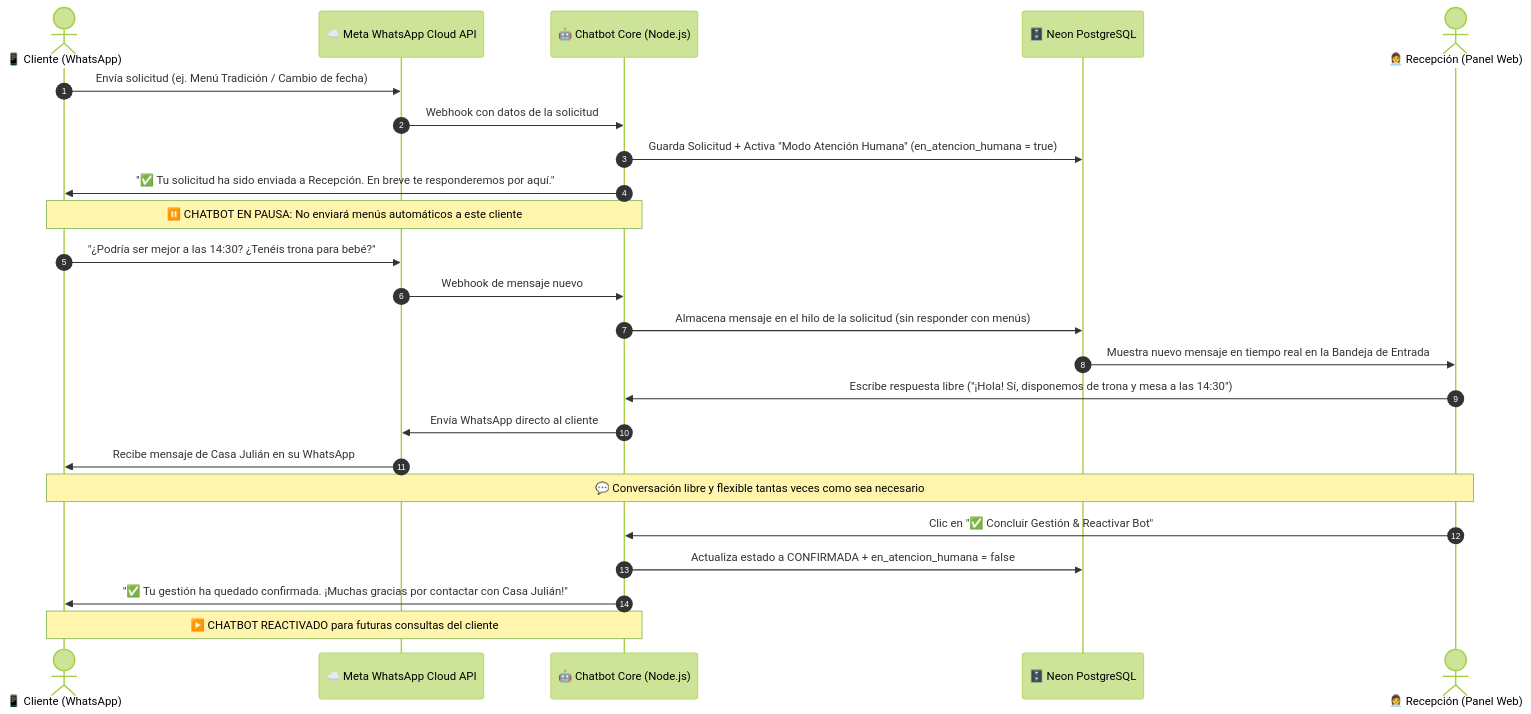
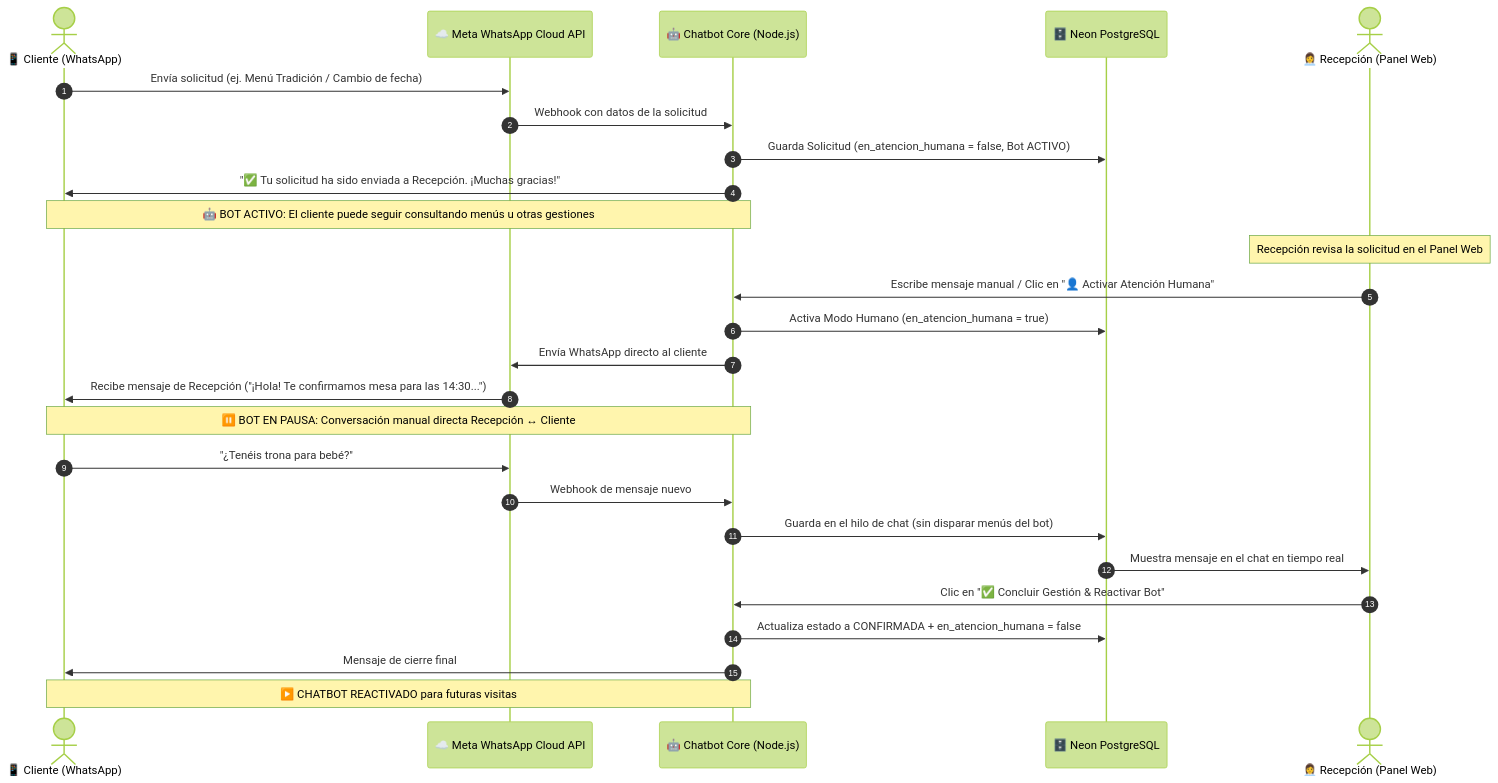
Before and after one commit to AnderUrienGoierri/casa-julian-whatsapp: the diagram in documentos/atencion_humana_traspaso_recepcion.md, drawn with Mermaid (forest theme). The commit also changed other lines of this file and 6 other files, not shown here.

Commit message:
V196: Modo de atención humana manual y activación dinámica en panel de recepción

````diff
--- a/documentos/atencion_humana_traspaso_recepcion.md
+++ b/documentos/atencion_humana_traspaso_recepcion.md
@@ -19,33 +25,36 @@
 ```mermaid
 sequenceDiagram
     autonumber
     actor Cliente as 📱 Cliente (WhatsApp)
     participant Meta as ☁️ Meta WhatsApp Cloud API
     participant Bot as 🤖 Chatbot Core (Node.js)
     participant DB as 🗄️ Neon PostgreSQL
     actor Recepcion as 👩‍💼 Recepción (Panel Web)
 
     Cliente->>Meta: Envía solicitud (ej. Menú Tradición / Cambio de fecha)
     Meta->>Bot: Webhook con datos de la solicitud
-    Bot->>DB: Guarda Solicitud + Activa "Modo Atención Humana" (en_atencion_humana = true)
-    Bot->>Cliente: "✅ Tu solicitud ha sido enviada a Recepción. En breve te responderemos por aquí."
+    Bot->>DB: Guarda Solicitud (en_atencion_humana = false, Bot ACTIVO)
+    Bot->>Cliente: "✅ Tu solicitud ha sido enviada a Recepción. ¡Muchas gracias!"
     
-    Note over Bot,Cliente: ⏸️ CHATBOT EN PAUSA: No enviará menús automáticos a este cliente
-    
-    Cliente->>Meta: "¿Podría ser mejor a las 14:30? ¿Tenéis trona para bebé?"
+    Note over Bot,Cliente: 🤖 BOT ACTIVO: El cliente puede seguir consultando menús u otras gestiones
+
+    Note over Recepcion: Recepción revisa la solicitud en el Panel Web
+
+    Recepcion->>Bot: Escribe mensaje manual / Clic en "👤 Activar Atención Humana"
+    Bot->>DB: Activa Modo Humano (en_atencion_humana = true)
+    Bot->>Meta: Envía WhatsApp directo al cliente
+    Meta->>Cliente: Recibe mensaje de Recepción ("¡Hola! Te confirmamos mesa para las 14:30...")
+
+    Note over Bot,Cliente: ⏸️ BOT EN PAUSA: Conversación manual directa Recepción ↔ Cliente
+
+    Cliente->>Meta: "¿Tenéis trona para bebé?"
     Meta->>Bot: Webhook de mensaje nuevo
-    Bot->>DB: Almacena mensaje en el hilo de la solicitud (sin responder con menús)
-    DB->>Recepcion: Muestra nuevo mensaje en tiempo real en la Bandeja de Entrada
-
-    Recepcion->>Bot: Escribe respuesta libre ("¡Hola! Sí, disponemos de trona y mesa a las 14:30")
-    Bot->>Meta: Envía WhatsApp directo al cliente
-    Meta->>Cliente: Recibe mensaje de Casa Julián en su WhatsApp
-
-    Note over Recepcion,Cliente: 💬 Conversación libre y flexible tantas veces como sea necesario
+    Bot->>DB: Guarda en el hilo de chat (sin disparar menús del bot)
+    DB->>Recepcion: Muestra mensaje en el chat en tiempo real
 
     Recepcion->>Bot: Clic en "✅ Concluir Gestión & Reactivar Bot"
     Bot->>DB: Actualiza estado a CONFIRMADA + en_atencion_humana = false
-    Bot->>Cliente: "✅ Tu gestión ha quedado confirmada. ¡Muchas gracias por contactar con Casa Julián!"
+    Bot->>Cliente: Mensaje de cierre final
 
-    Note over Bot,Cliente: ▶️ CHATBOT REACTIVADO para futuras consultas del cliente
+    Note over Bot,Cliente: ▶️ CHATBOT REACTIVADO para futuras visitas
 ```
````
